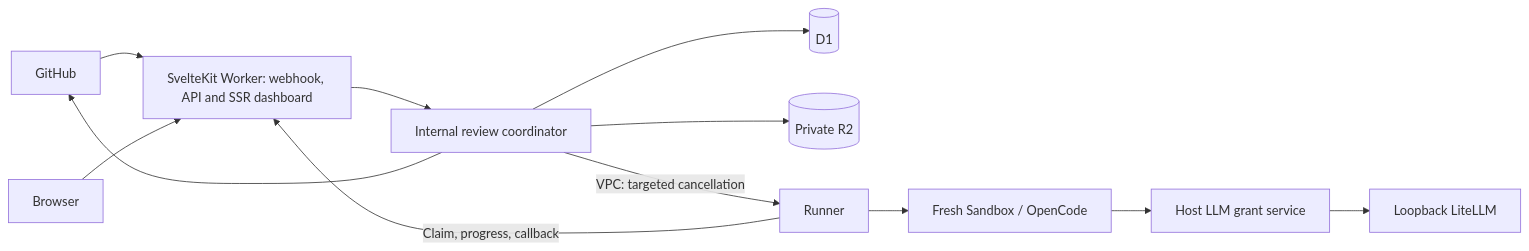
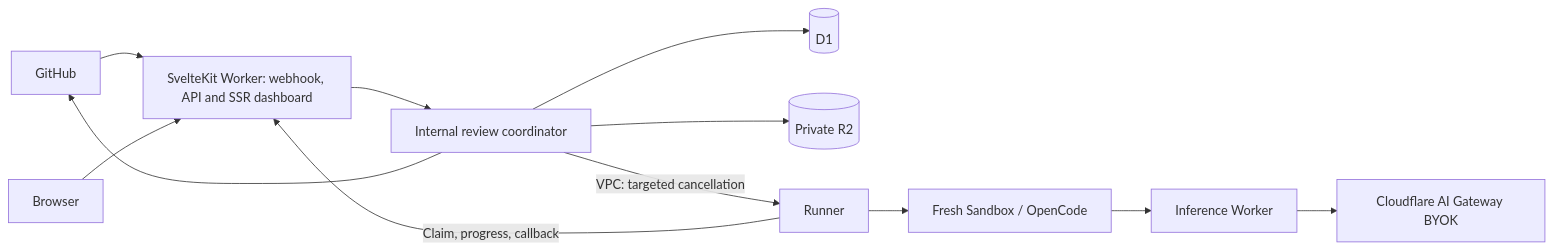
Before and after one commit to ariga39/compte-rendu: the diagram in docs/design.md, drawn with Mermaid. The commit also changed other lines of this file and 34 other files, not shown here.

Commit message:
Retire the LiteLLM host service and move catalog discovery to the relay

````diff
--- a/docs/design.md
+++ b/docs/design.md
@@ -78,14 +78,14 @@
 ```mermaid
 flowchart LR
   G[GitHub] --> I[SvelteKit Worker: webhook, API and SSR dashboard]
   B[Browser] --> I
   I --> C[Internal review coordinator]
   C --> D[(D1)]
   C --> E[(Private R2)]
   C --> G
   R[Runner] -->|Claim, progress, callback| I
   C -->|VPC: targeted cancellation| R
   R --> S[Fresh Sandbox / OpenCode]
-  S --> L[Host LLM grant service]
-  L --> P[Loopback LiteLLM]
+  S --> L[Inference Worker]
+  L --> P[Cloudflare AI Gateway BYOK]
 ```
````
